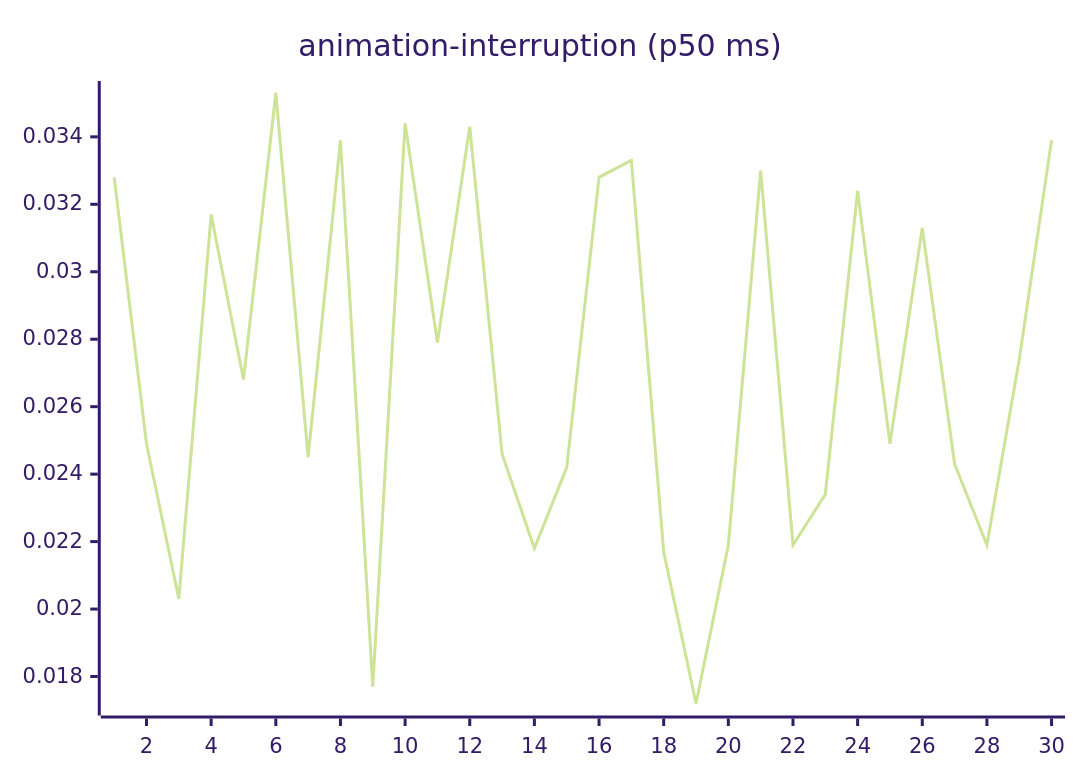
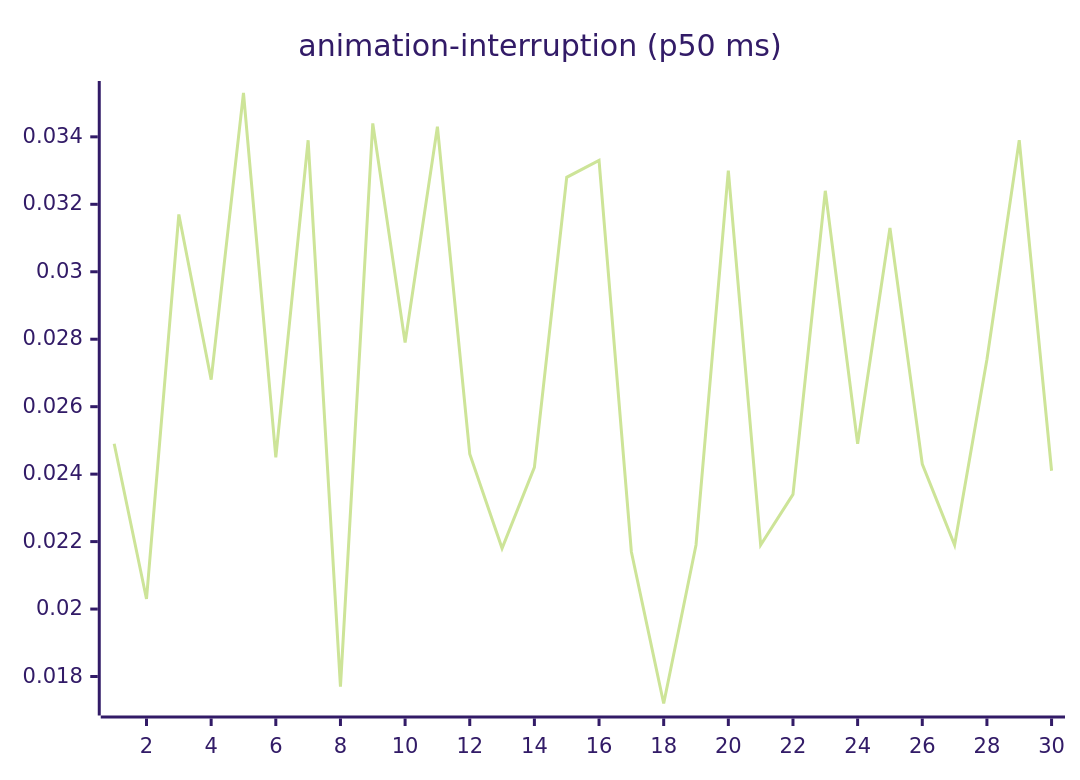
The third of 27 diagrams in README.md (josha/Facet), drawn with Mermaid (forest theme) before and after one commit. The commit also changed other lines of this file and 2 other files, not shown here.

````diff
--- a/README.md
+++ b/README.md
@@ -77,6 +77,6 @@
 ```mermaid
 xychart-beta
     title "animation-interruption (p50 ms)"
     x-axis 1 --> 30
-    line [0.0328, 0.0249, 0.0203, 0.0317, 0.0268, 0.0353, 0.0245, 0.0339, 0.0177, 0.0344, 0.0279, 0.0343, 0.0246, 0.0218, 0.0242, 0.0328, 0.0333, 0.0217, 0.0172, 0.0219, 0.0330, 0.0219, 0.0234, 0.0324, 0.0249, 0.0313, 0.0243, 0.0219, 0.0274, 0.0339]
+    line [0.0249, 0.0203, 0.0317, 0.0268, 0.0353, 0.0245, 0.0339, 0.0177, 0.0344, 0.0279, 0.0343, 0.0246, 0.0218, 0.0242, 0.0328, 0.0333, 0.0217, 0.0172, 0.0219, 0.0330, 0.0219, 0.0234, 0.0324, 0.0249, 0.0313, 0.0243, 0.0219, 0.0274, 0.0339, 0.0241]
 ```
````
